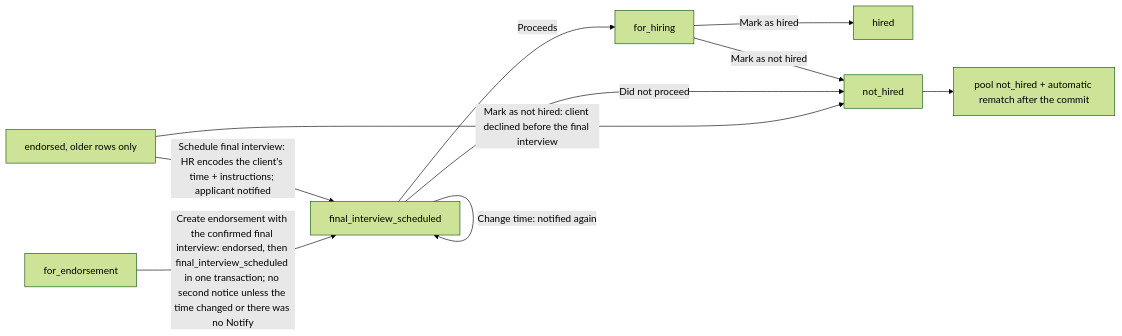
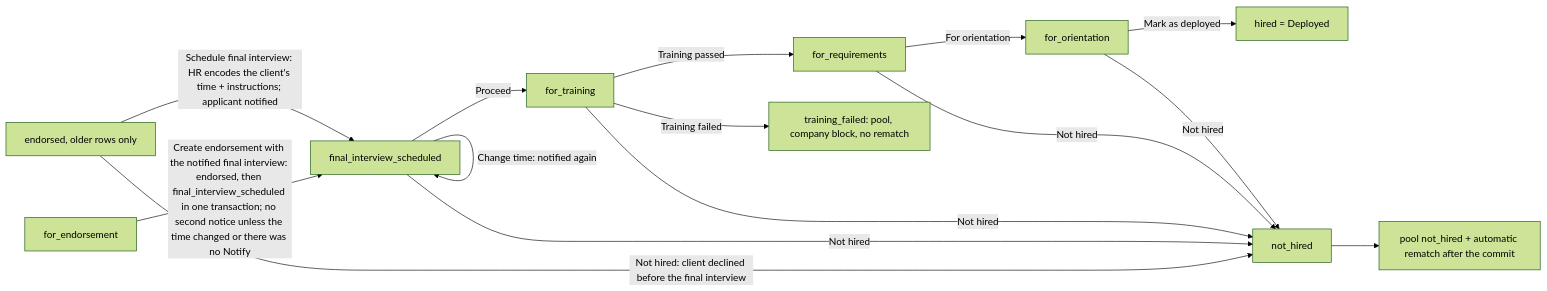
One commit to Aenyxxx/VERA changed the seventh of 9 diagrams in docs/APP_FLOW.md. Above: the diagram before and after it, drawn with Mermaid (forest theme). The commit also changed other lines of this file and 49 other files, not shown here.

First line of the commit message:
feat(endorsements): decision 37C fixed client-outcome stages, Deployed, stage tracker, Run rematch again in the pool (FR-END-07/08/09)

````diff
--- a/docs/APP_FLOW.md
+++ b/docs/APP_FLOW.md
@@ -284,12 +284,17 @@
   ```mermaid
   flowchart LR
-    FE[for_endorsement] -->|Create endorsement with the confirmed final interview: endorsed, then final_interview_scheduled in one transaction; no second notice unless the time changed or there was no Notify| F[final_interview_scheduled]
+    FE[for_endorsement] -->|Create endorsement with the notified final interview: endorsed, then final_interview_scheduled in one transaction; no second notice unless the time changed or there was no Notify| F[final_interview_scheduled]
     E[endorsed, older rows only] -->|Schedule final interview: HR encodes the client's time + instructions; applicant notified| F
     F -->|Change time: notified again| F
-    F -->|Proceeds| H[for_hiring]
-    H -->|Mark as hired| HI[hired]
-    E -->|Mark as not hired: client declined before the final interview| NH[not_hired]
-    F -->|Did not proceed| NH
-    H -->|Mark as not hired| NH
+    F -->|Proceed| T[for_training]
+    T -->|Training passed| Q[for_requirements]
+    Q -->|For orientation| O[for_orientation]
+    O -->|Mark as deployed| HI[hired = Deployed]
+    T -->|Training failed| TF[training_failed: pool, company block, no rematch]
+    E -->|Not hired: client declined before the final interview| NH[not_hired]
+    F -->|Not hired| NH
+    T -->|Not hired| NH
+    Q -->|Not hired| NH
+    O -->|Not hired| NH
     NH --> R[pool not_hired + automatic rematch after the commit]
   ```
````
